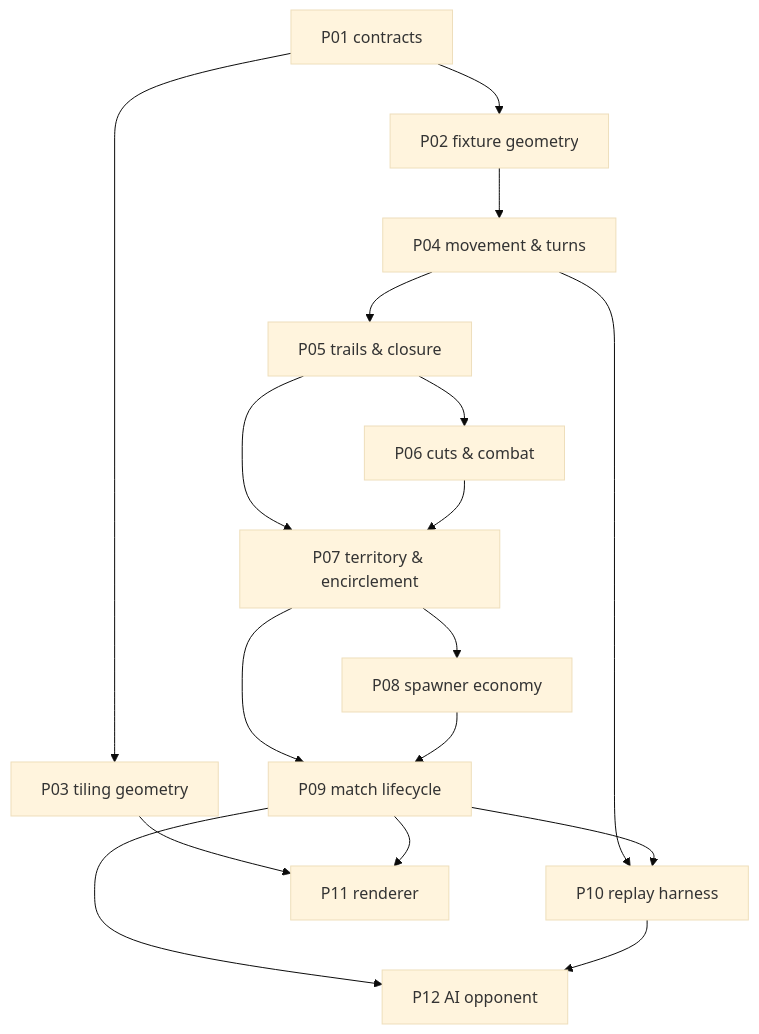
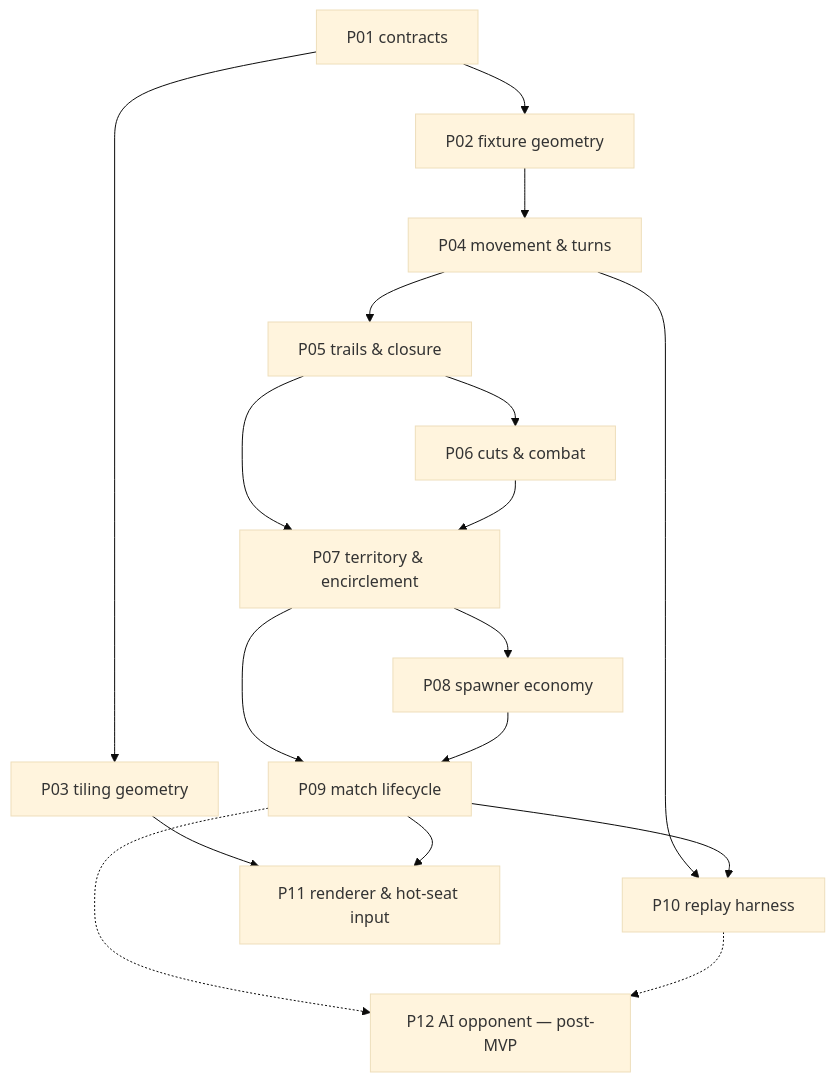
One commit to hochgi/arrows_conqueror changed the diagram in docs/design/02-work-packets.md. Above: the diagram before and after it, drawn with Mermaid (base theme). The commit also changed other lines of this file and 1 other file, not shown here.

First line of the commit message:
docs(spec): MVP is hot-seat, and a move is one unit taking one step

````diff
--- a/docs/design/02-work-packets.md
+++ b/docs/design/02-work-packets.md
@@ -32,19 +46,19 @@
 ```mermaid
 flowchart TD
   P01["P01 contracts"] --> P02["P02 fixture geometry"]
   P01 --> P03["P03 tiling geometry"]
   P02 --> P04["P04 movement & turns"]
   P04 --> P05["P05 trails & closure"]
   P05 --> P06["P06 cuts & combat"]
   P05 --> P07["P07 territory & encirclement"]
   P06 --> P07
   P07 --> P08["P08 spawner economy"]
   P07 --> P09["P09 match lifecycle"]
   P08 --> P09
   P04 --> P10["P10 replay harness"]
   P09 --> P10
-  P03 --> P11["P11 renderer"]
+  P03 --> P11["P11 renderer & hot-seat input"]
   P09 --> P11
-  P09 --> P12["P12 AI opponent"]
-  P10 --> P12
+  P09 -.-> P12["P12 AI opponent — post-MVP"]
+  P10 -.-> P12
 ```
````
